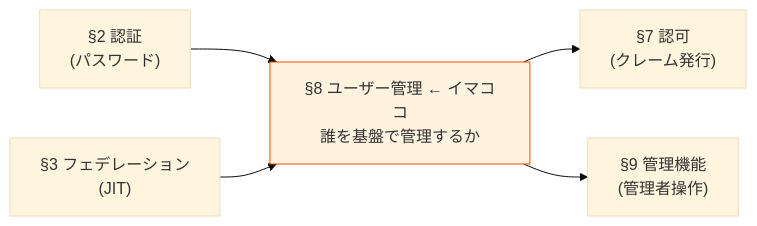
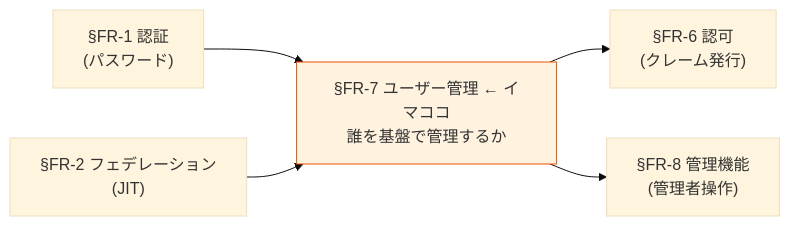
Before and after one commit to suepie/aws-atuh-poc: the first of 2 diagrams in doc/requirements/proposal/fr/07-user.md, drawn with Mermaid (base theme). The commit also changed other lines of this file and 30 other files, not shown here.

````diff
--- a/doc/requirements/proposal/fr/07-user.md
+++ b/doc/requirements/proposal/fr/07-user.md
@@ -25,15 +25,15 @@
 ```mermaid
 flowchart LR
-    S2["§2 認証<br/>(パスワード)"]
-    S3["§3 フェデレーション<br/>(JIT)"]
-    S7["§7 認可<br/>(クレーム発行)"]
-    S8["§8 ユーザー管理 ← イマココ<br/>誰を基盤で管理するか"]
-    S9["§9 管理機能<br/>(管理者操作)"]
+    S2["§FR-1 認証<br/>(パスワード)"]
+    S3["§FR-2 フェデレーション<br/>(JIT)"]
+    S7["§FR-6 認可<br/>(クレーム発行)"]
+    S8["§FR-7 ユーザー管理 ← イマココ<br/>誰を基盤で管理するか"]
+    S9["§FR-8 管理機能<br/>(管理者操作)"]
 
     S2 --> S8
     S3 --> S8
     S8 --> S7
     S8 --> S9
 
     style S8 fill:#fff3e0,stroke:#e65100
 ```
````
